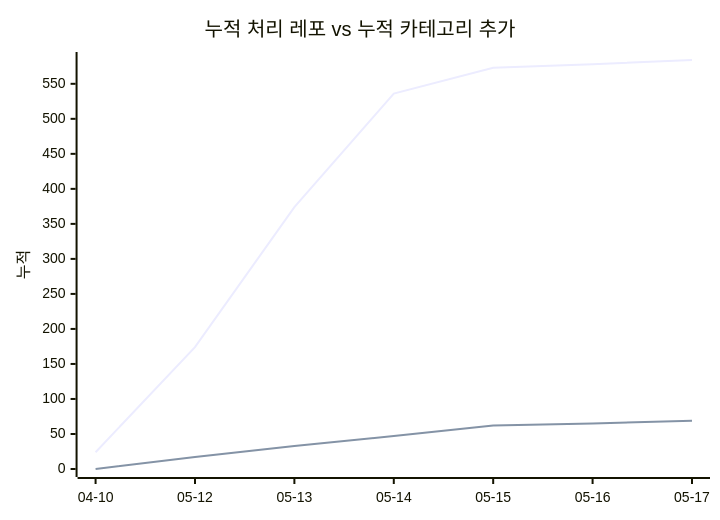
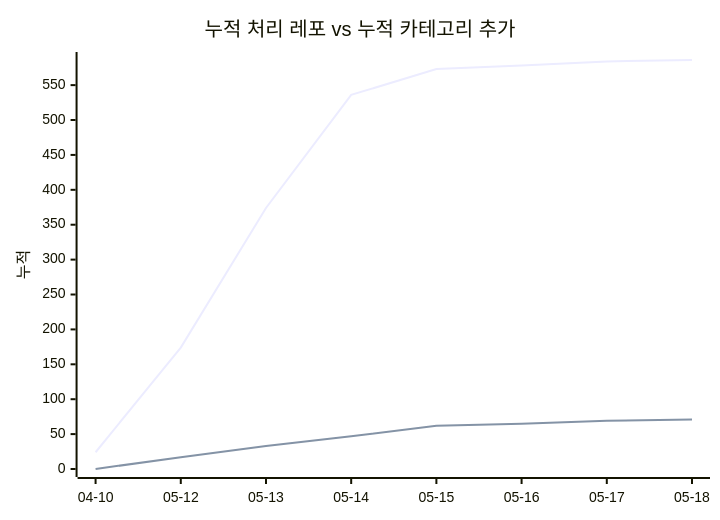
Before and after one commit to J-nowcow/awesome-korean-agent-skills: the second of 2 diagrams in docs/trends.md, drawn with Mermaid. The commit also changed other lines of this file and 28 other files, not shown here.

````diff
--- a/docs/trends.md
+++ b/docs/trends.md
@@ -61,8 +62,8 @@
 ```mermaid
 xychart-beta
     title "누적 처리 레포 vs 누적 카테고리 추가"
-    x-axis ["04-10","05-12","05-13","05-14","05-15","05-16","05-17"]
+    x-axis ["04-10","05-12","05-13","05-14","05-15","05-16","05-17","05-18"]
     y-axis "누적"
-    line [24,174,374,536,573,578,584]
-    line [0,17,33,47,62,65,69]
+    line [24,174,374,536,573,578,584,586]
+    line [0,17,33,47,62,65,69,71]
 ```
````
